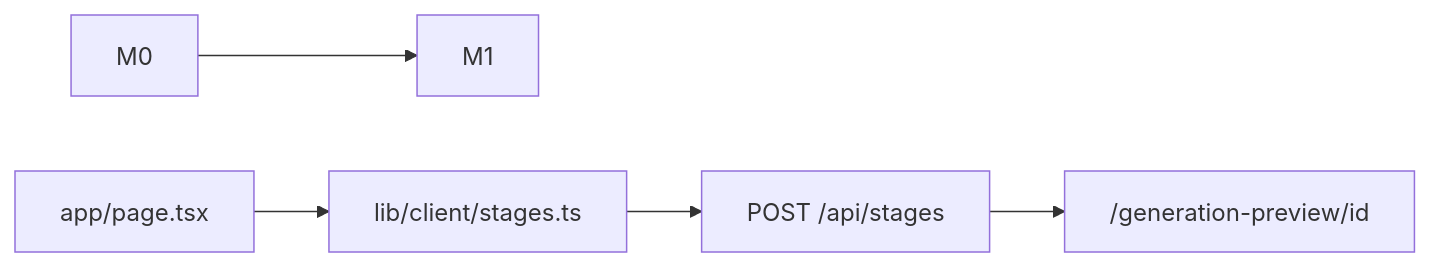
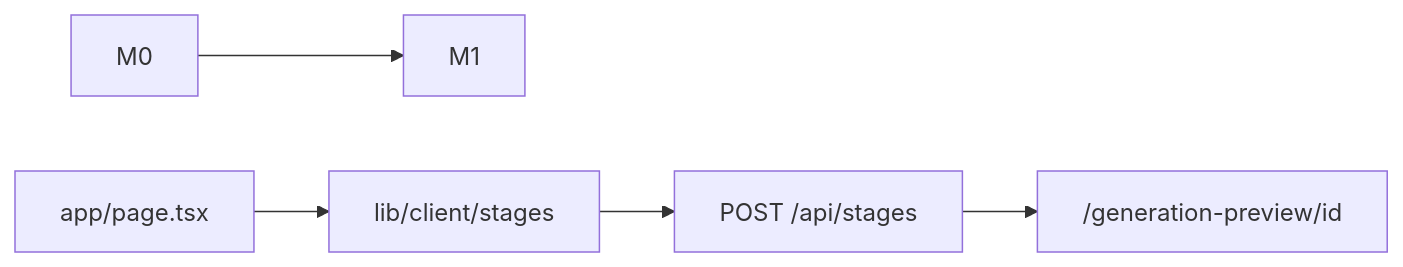
The diagram in docs/features/创建课堂/plan.md (HeyChizuru/mindflow), drawn with Mermaid before and after one commit. The commit also changed other lines of this file and 14 other files, not shown here.

````diff
--- a/docs/features/创建课堂/plan.md
+++ b/docs/features/创建课堂/plan.md
@@ -21,7 +21,7 @@
 ```mermaid
 flowchart LR
   M0 --> M1
-  Page["app/page.tsx"] --> Client["lib/client/stages.ts"]
+  Page["app/page.tsx"] --> Client["lib/client/stages"]
   Client --> API["POST /api/stages"]
   API --> Preview["/generation-preview/id"]
 ```
````
